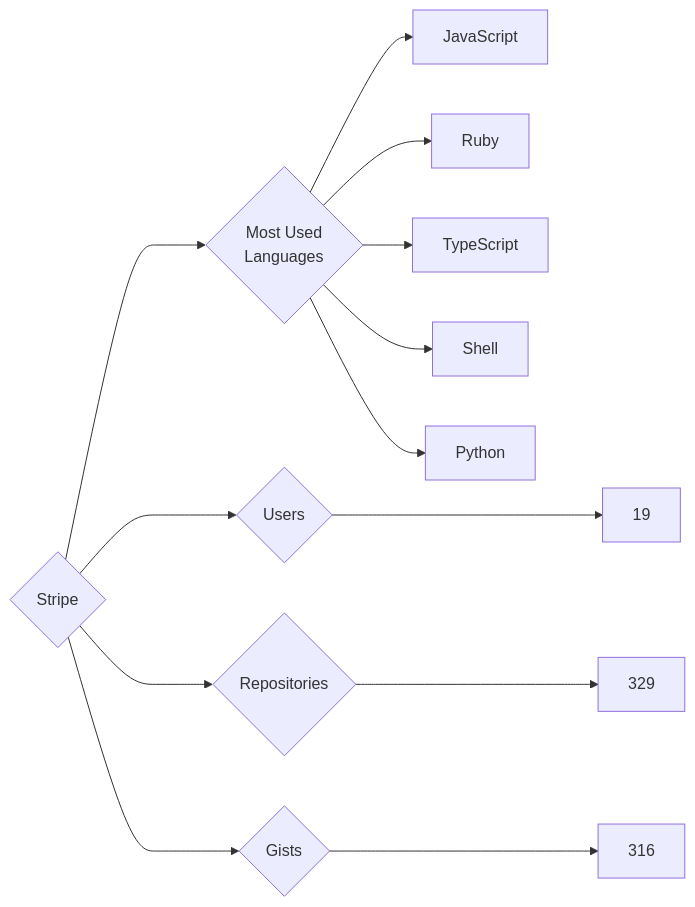
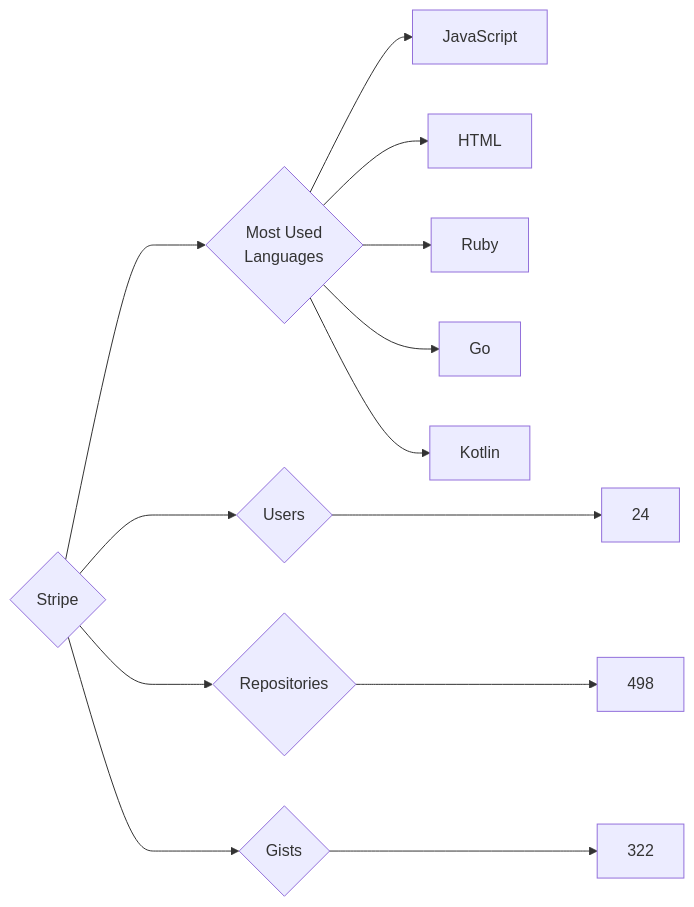
The diagram in targets/Stripe/README.md (trickest/insiders), drawn with Mermaid before and after one commit. The commit also changed 860 other files, not shown here.

````diff
--- a/targets/Stripe/README.md
+++ b/targets/Stripe/README.md
@@ -3,13 +3,13 @@
 ```mermaid
 graph LR
 COMPANY_NAME{Stripe}
-COMPANY_NAME ---> U{Users} ---> UN[19]
-COMPANY_NAME ---> R{Repositories} ---> RN[329]
-COMPANY_NAME ---> G{Gists} ---> GN[316]
+COMPANY_NAME ---> U{Users} ---> UN[24]
+COMPANY_NAME ---> R{Repositories} ---> RN[498]
+COMPANY_NAME ---> G{Gists} ---> GN[322]
 COMPANY_NAME ---> ML{Most Used<br>Languages}
 ML --> JavaScript[JavaScript]
+ML --> HTML[HTML]
 ML --> Ruby[Ruby]
-ML --> TypeScript[TypeScript]
-ML --> Shell[Shell]
-ML --> Python[Python]
+ML --> Go[Go]
+ML --> Kotlin[Kotlin]
 ```
````
